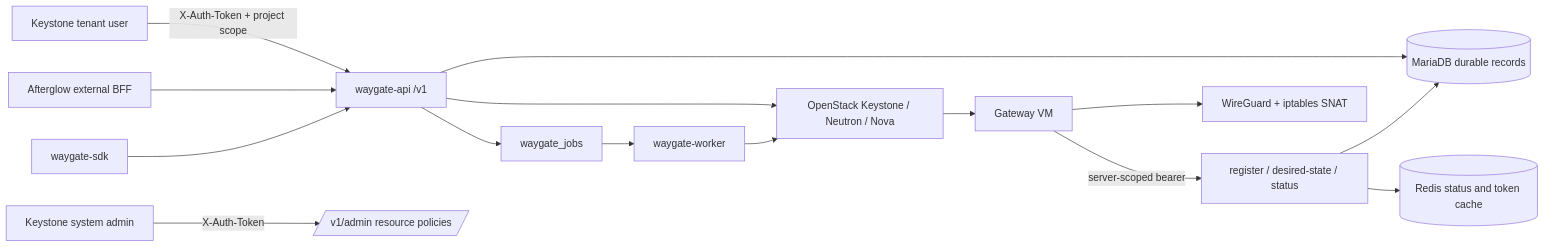
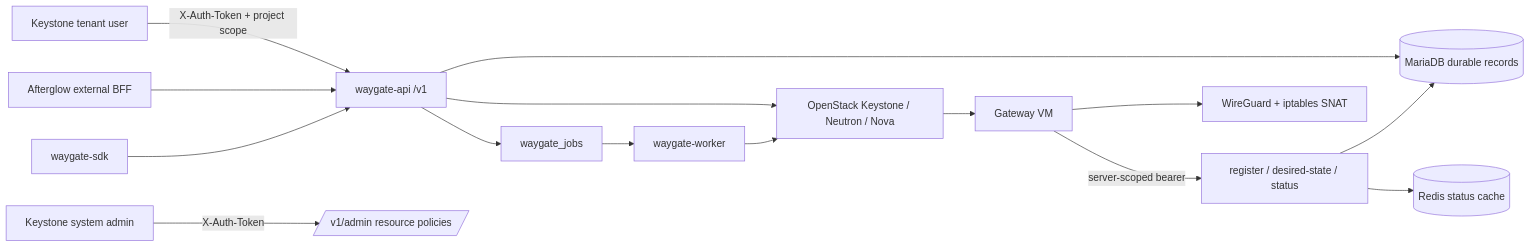
The diagram in ARCHITECTURE.md (openstack-afterglow/waygate), drawn with Mermaid before and after one commit. The commit also changed other lines of this file and 44 other files, not shown here.

````diff
--- a/ARCHITECTURE.md
+++ b/ARCHITECTURE.md
@@ -30,17 +33,17 @@
 ```mermaid
 flowchart LR
     User[Keystone tenant user] -->|X-Auth-Token + project scope| API[waygate-api /v1]
     Admin[Keystone system admin] -->|X-Auth-Token| Policy[/v1/admin resource policies/]
     BFF[Afterglow external BFF] --> API
     SDK[waygate-sdk] --> API
     API --> DB[(MariaDB durable records)]
     API --> OS[OpenStack Keystone / Neutron / Nova]
     API --> Queue[waygate_jobs]
     Queue --> Worker[waygate-worker]
     Worker --> OS
     OS --> VM[Gateway VM]
     VM -->|server-scoped bearer| Agent[register / desired-state / status]
     Agent --> DB
-    Agent --> Cache[(Redis status and token cache)]
+    Agent --> Cache[(Redis status cache)]
     VM --> WG[WireGuard + iptables SNAT]
 ```
````
